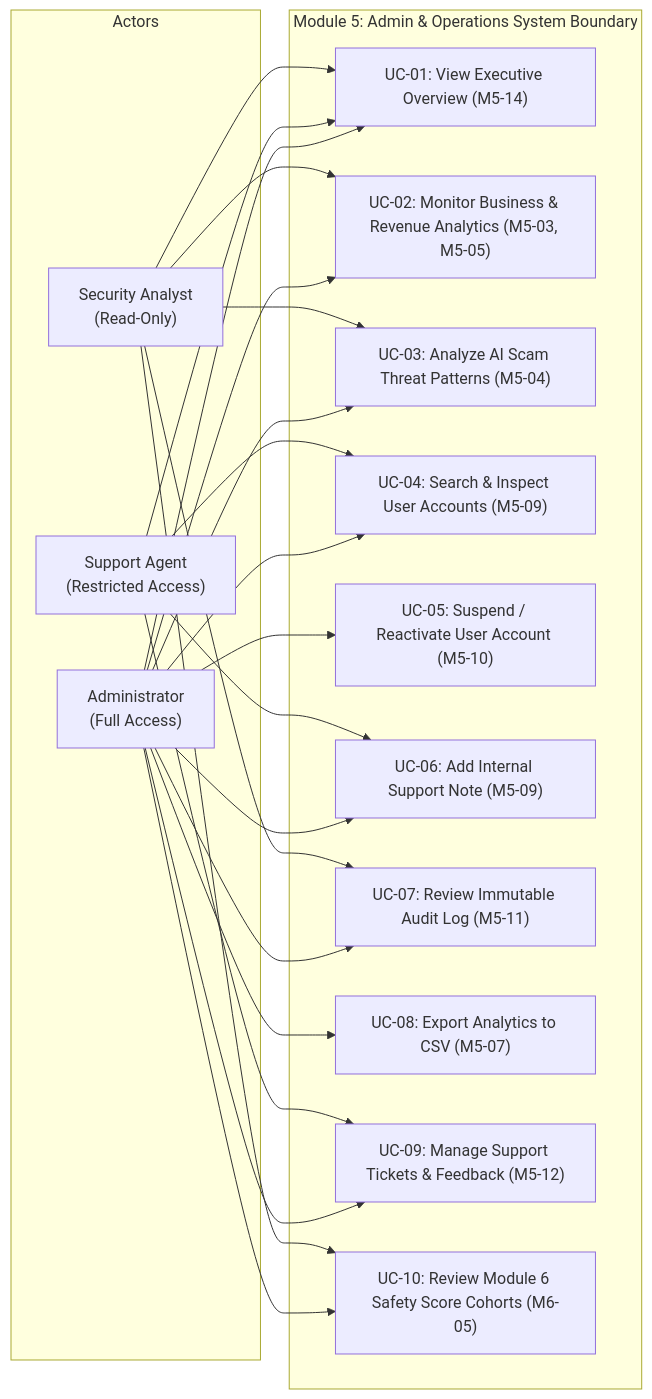
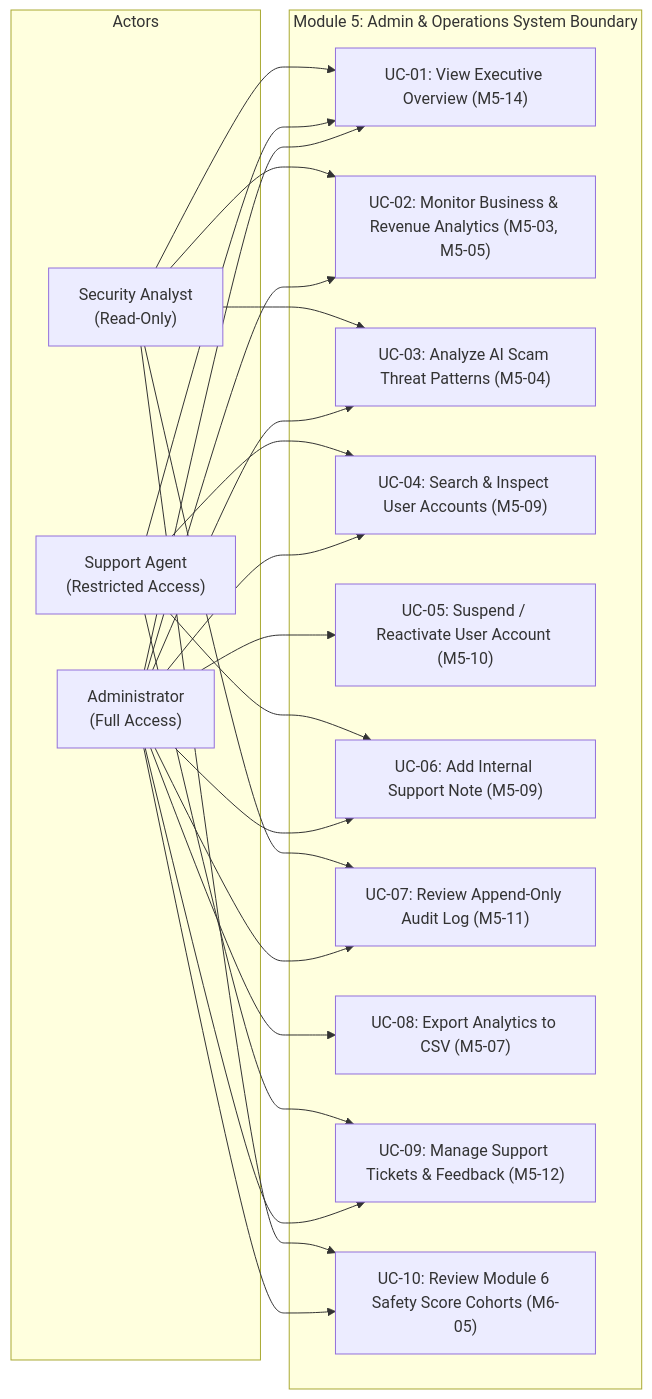
The first of 4 diagrams in docs/M5-UML-DIAGRAMS.md (Bytebrigade-devs/scamshield), drawn with Mermaid before and after one commit. The commit also changed other lines of this file and 20 other files, not shown here.

````diff
--- a/docs/M5-UML-DIAGRAMS.md
+++ b/docs/M5-UML-DIAGRAMS.md
@@ -13,46 +13,46 @@
 ```mermaid
 flowchart LR
     subgraph Actors
         Admin["Administrator<br/>(Full Access)"]
         Support["Support Agent<br/>(Restricted Access)"]
         Analyst["Security Analyst<br/>(Read-Only)"]
     end
 
     subgraph ScamShield_Module5["Module 5: Admin & Operations System Boundary"]
         UC1["UC-01: View Executive Overview (M5-14)"]
         UC2["UC-02: Monitor Business & Revenue Analytics (M5-03, M5-05)"]
         UC3["UC-03: Analyze AI Scam Threat Patterns (M5-04)"]
         UC4["UC-04: Search & Inspect User Accounts (M5-09)"]
         UC5["UC-05: Suspend / Reactivate User Account (M5-10)"]
         UC6["UC-06: Add Internal Support Note (M5-09)"]
-        UC7["UC-07: Review Immutable Audit Log (M5-11)"]
+        UC7["UC-07: Review Append-Only Audit Log (M5-11)"]
         UC8["UC-08: Export Analytics to CSV (M5-07)"]
         UC9["UC-09: Manage Support Tickets & Feedback (M5-12)"]
         UC10["UC-10: Review Module 6 Safety Score Cohorts (M6-05)"]
     end
 
     %% Admin Connections
     Admin --> UC1
     Admin --> UC2
     Admin --> UC3
     Admin --> UC4
     Admin --> UC5
     Admin --> UC6
     Admin --> UC7
     Admin --> UC8
     Admin --> UC9
     Admin --> UC10
 
     %% Support Connections
     Support --> UC1
     Support --> UC4
     Support --> UC6
     Support --> UC9
 
     %% Analyst Connections
     Analyst --> UC1
     Analyst --> UC2
     Analyst --> UC3
     Analyst --> UC7
     Analyst --> UC10
 ```
````
